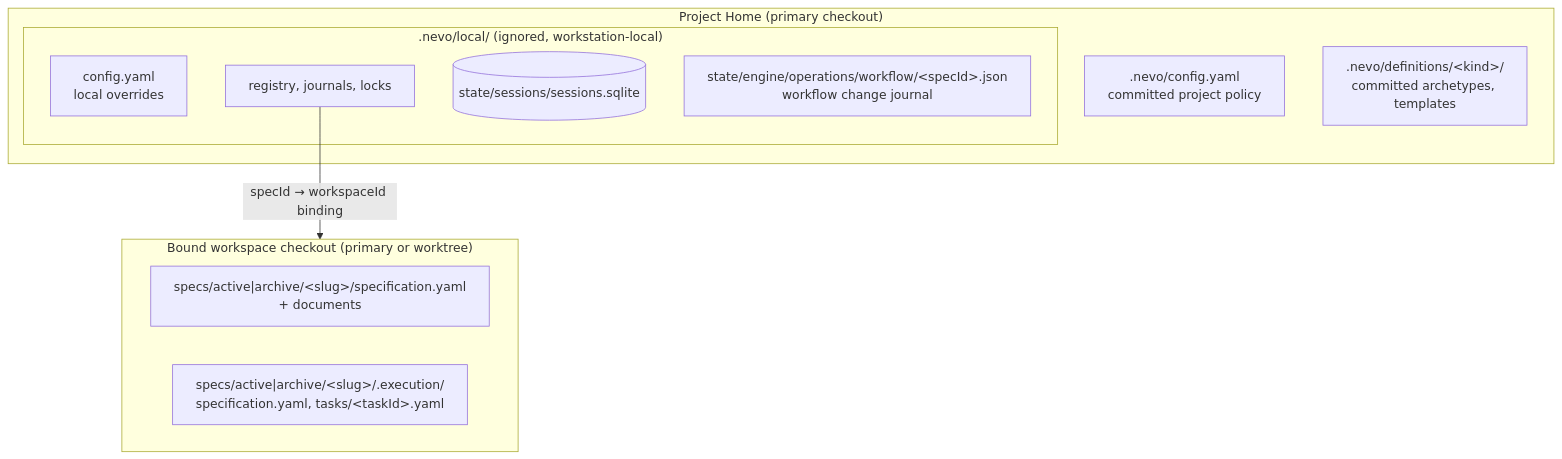
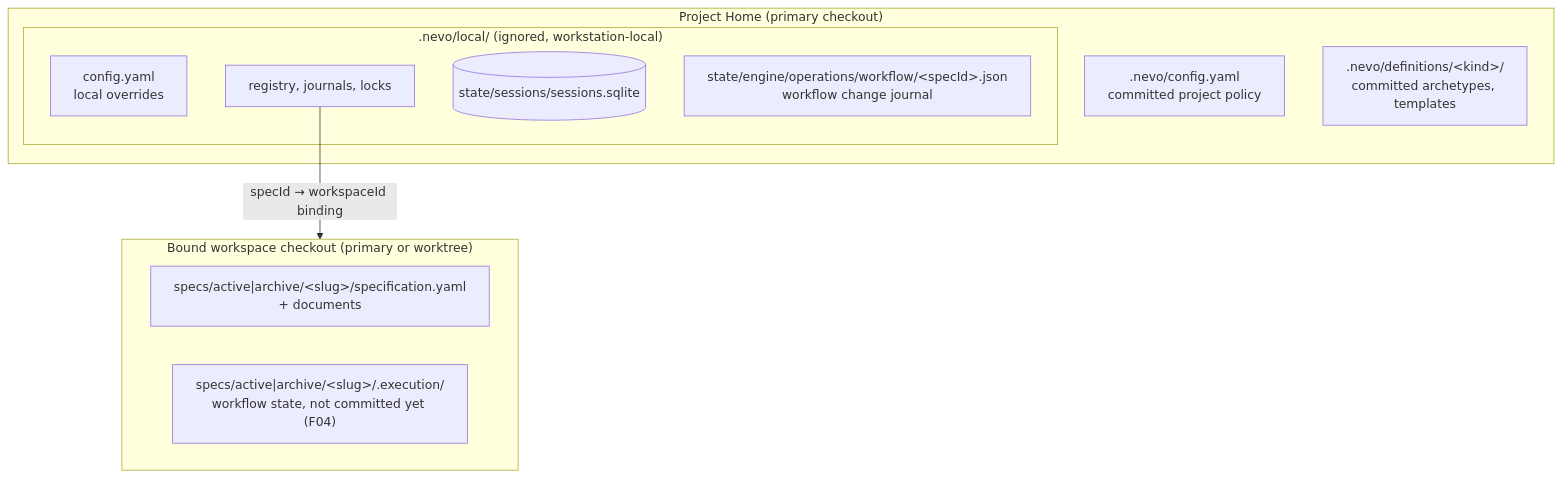
One commit to dczerwinskipl/nevo-specflow changed the third of 3 diagrams in docs/architecture/overview.md. Above: the diagram before and after it, drawn with Mermaid. The commit also changed other lines of this file and 47 other files, not shown here.

````diff
--- a/docs/architecture/overview.md
+++ b/docs/architecture/overview.md
@@ -409,20 +152,20 @@
 ```mermaid
 flowchart TD
   subgraph home["Project Home (primary checkout)"]
     config[".nevo/config.yaml<br/>committed project policy"]
     defs[".nevo/definitions/&lt;kind&gt;/<br/>committed archetypes, templates"]
     subgraph local[".nevo/local/ (ignored, workstation-local)"]
       localcfg["config.yaml<br/>local overrides"]
       registry["registry, journals, locks"]
       sqlite[("state/sessions/sessions.sqlite")]
       wfjournal["state/engine/operations/workflow/&lt;specId&gt;.json<br/>workflow change journal"]
     end
   end
 
   subgraph ws["Bound workspace checkout (primary or worktree)"]
     spec["specs/active|archive/&lt;slug&gt;/specification.yaml<br/>+ documents"]
-    exec["specs/active|archive/&lt;slug&gt;/.execution/<br/>specification.yaml, tasks/&lt;taskId&gt;.yaml"]
+    exec["specs/active|archive/&lt;slug&gt;/.execution/<br/>workflow state, not committed yet (F04)"]
   end
 
   registry -- "specId → workspaceId binding" --> ws
 ```
````
